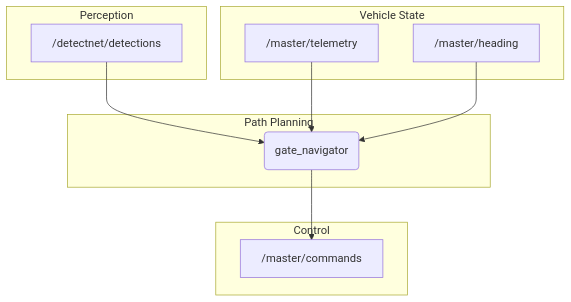
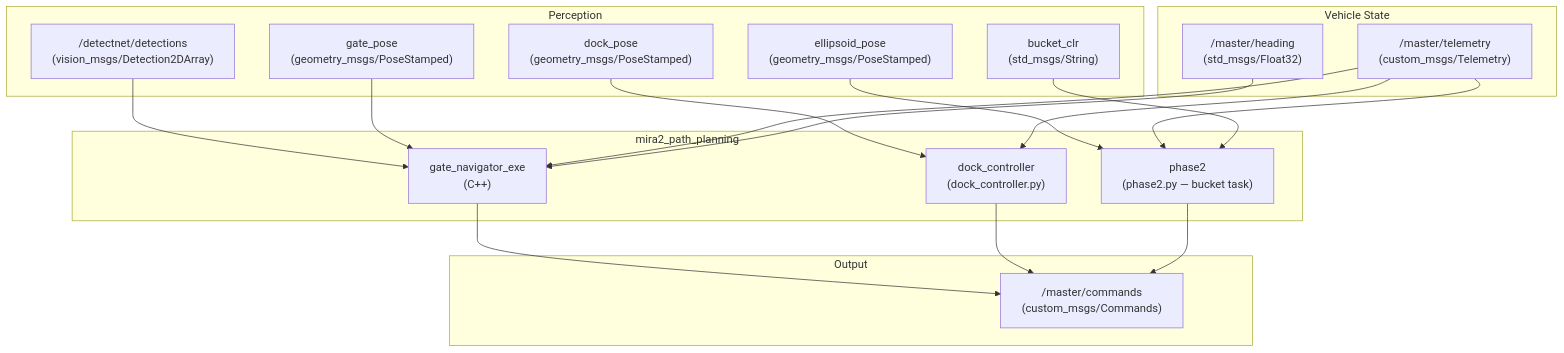
One commit to davidnoronha1/mira changed the first of 2 diagrams in src/mira2_path_planning/README.md. Above: the diagram before and after it, drawn with Mermaid. The commit also changed other lines of this file and 11 other files, not shown here.

````diff
--- a/src/mira2_path_planning/README.md
+++ b/src/mira2_path_planning/README.md
@@ -21,24 +7,41 @@
 ```mermaid
 graph TD
     subgraph Perception
-        A["/detectnet/detections"]
+        DET["/detectnet/detections<br/>(vision_msgs/Detection2DArray)"]
+        GP["gate_pose<br/>(geometry_msgs/PoseStamped)"]
+        DP["dock_pose<br/>(geometry_msgs/PoseStamped)"]
+        EP["ellipsoid_pose<br/>(geometry_msgs/PoseStamped)"]
+        BKT["bucket_clr<br/>(std_msgs/String)"]
     end
 
     subgraph Vehicle State
-        B["/master/telemetry"]
-        C["/master/heading"]
+        TEL["/master/telemetry<br/>(custom_msgs/Telemetry)"]
+        HDG["/master/heading<br/>(std_msgs/Float32)"]
     end
 
-    subgraph Path Planning
-        D(gate_navigator)
+    subgraph mira2_path_planning
+        GN["gate_navigator_exe<br/>(C++)"]
+        DC["dock_controller<br/>(dock_controller.py)"]
+        P2["phase2<br/>(phase2.py — bucket task)"]
     end
 
-    subgraph Control
-        E["/master/commands"]
+    subgraph Output
+        CMD["/master/commands<br/>(custom_msgs/Commands)"]
     end
 
-    A --> D
-    B --> D
-    C --> D
-    D --> E
+    DET --> GN
+    GP  --> GN
+    TEL --> GN
+    HDG --> GN
+
+    DP  --> DC
+    TEL --> DC
+
+    EP  --> P2
+    TEL --> P2
+    BKT --> P2
+
+    GN --> CMD
+    DC --> CMD
+    P2 --> CMD
 ```
````
